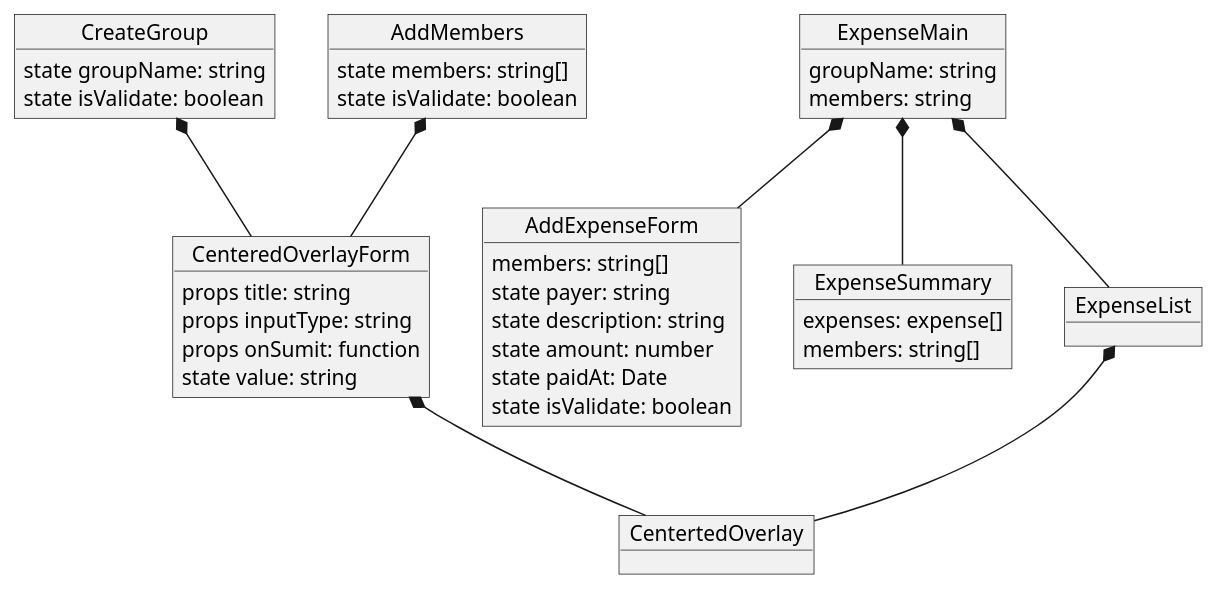
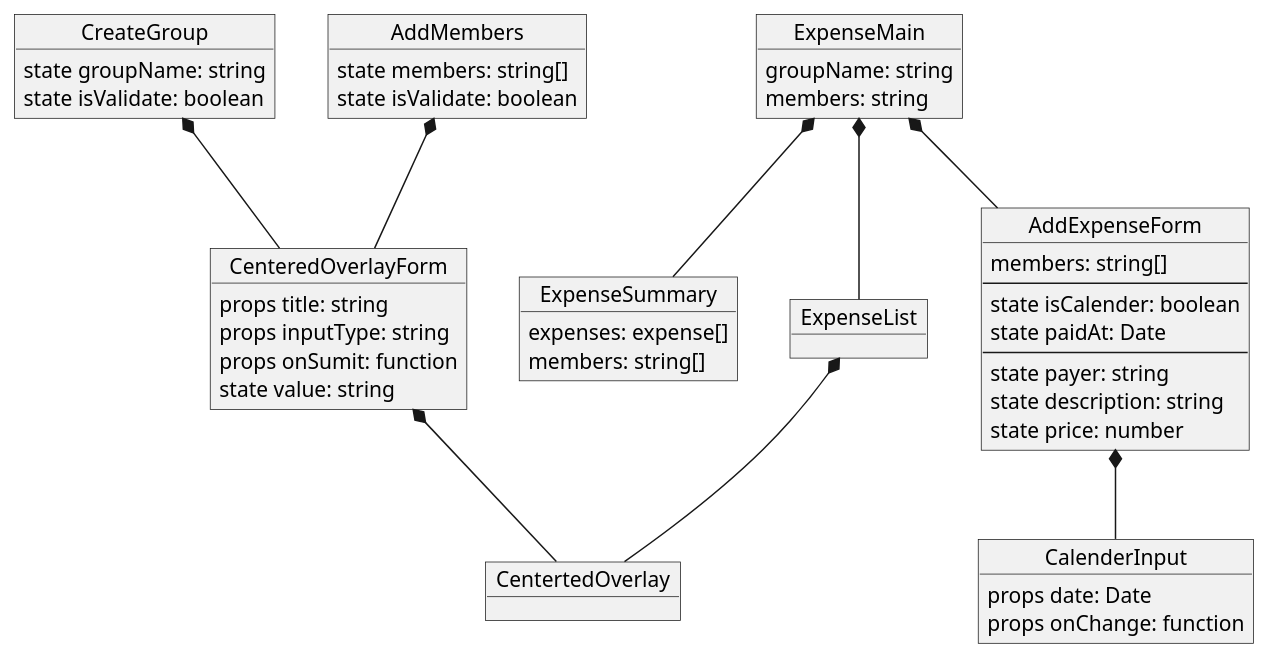
One commit to Sunset-Kim/dutchpay-app changed the diagram in docs/react_diagram.plantuml. Above: the diagram before and after it, drawn with PlantUML. The commit also changed 4 other files, not shown here.

```diff
--- a/docs/react_diagram.plantuml
+++ b/docs/react_diagram.plantuml
@@ -1,54 +1,62 @@
 @startuml react component
 
 object CreateGroup {
   state groupName: string
   state isValidate: boolean
 }
 object AddMembers {
   state members: string[]
   state isValidate: boolean
 }
 object ExpenseMain {
   groupName: string
   members: string
 
   'TODO: state
 }
 
 object CenteredOverlayForm {
   props title: string
   props inputType: string
   props onSumit: function
 
   state value: string
 }
 
 object CentertedOverlay
 
 
 object AddExpenseForm {
   members: string[]
-
+  ---
+  state isCalender: boolean
+  state paidAt: Date
+  --- 
   state payer: string
   state description: string
-  state amount: number
-  state paidAt: Date
-  state isValidate: boolean
+  state price: number
 }
 object ExpenseSummary {
   expenses: expense[]
   members: string[]
 }
 object ExpenseList
+
+object CalenderInput {
+  props date: Date
+  props onChange: function
+}
 
 CenteredOverlayForm *-- CentertedOverlay
 CreateGroup *-- CenteredOverlayForm
 AddMembers *-- CenteredOverlayForm
 
 ExpenseMain *-- AddExpenseForm
 ExpenseMain *-- ExpenseSummary
 ExpenseMain *-- ExpenseList
 
+AddExpenseForm *-- CalenderInput
+
 ExpenseList *-- CentertedOverlay
 
 @enduml
```
